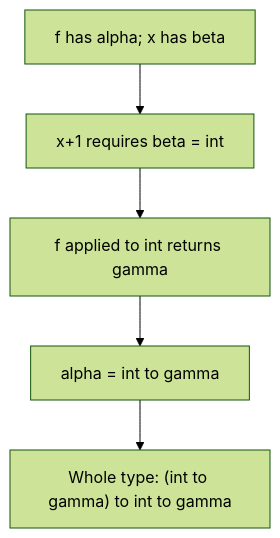
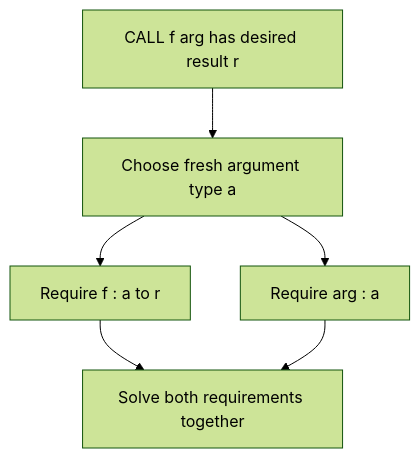
Before and after one commit to S0lluxx26/Programming_language_book_analyze: the diagram in dist/assets/diagrams/textbook-08-2.mmd, drawn with Mermaid (forest theme). The commit also changed 194 other files, not shown here.

```diff
--- a/dist/assets/diagrams/textbook-08-2.mmd
+++ b/dist/assets/diagrams/textbook-08-2.mmd
@@ -1,7 +1,8 @@
 flowchart TD
-  accTitle: Chapter 8 - derive the type of a higher-order function
-  accDescr: Integer addition constrains x, then application constrains f, and the nested procedures form the final function type.
-  A["f has alpha; x has beta"] --> B["x+1 requires beta = int"]
-  B --> C["f applied to int returns gamma"]
-  C --> D["alpha = int to gamma"]
-  D --> E["Whole type: (int to gamma) to int to gamma"]
+  accTitle: Chapter 8 - typing a call relates three types
+  accDescr: The function must accept the argument type and return the type requested for the whole call.
+  A["CALL f arg has desired result r"] --> B["Choose fresh argument type a"]
+  B --> C["Require f : a to r"]
+  B --> D["Require arg : a"]
+  C --> E["Solve both requirements together"]
+  D --> E
```
